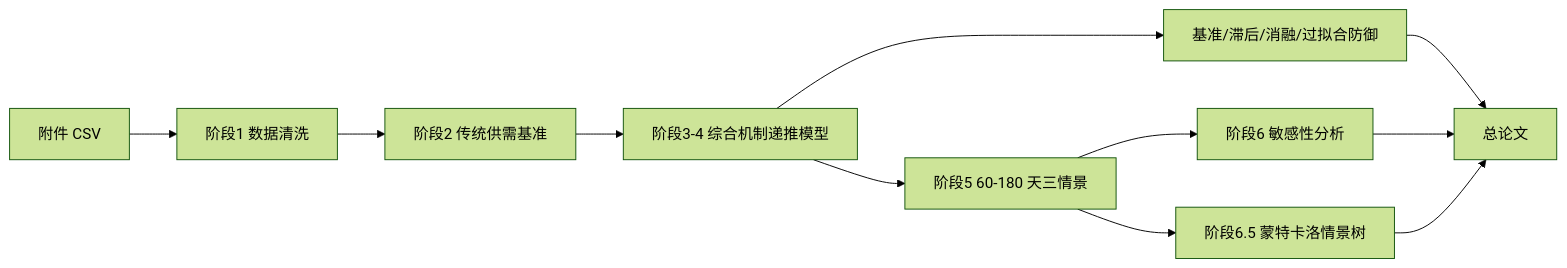
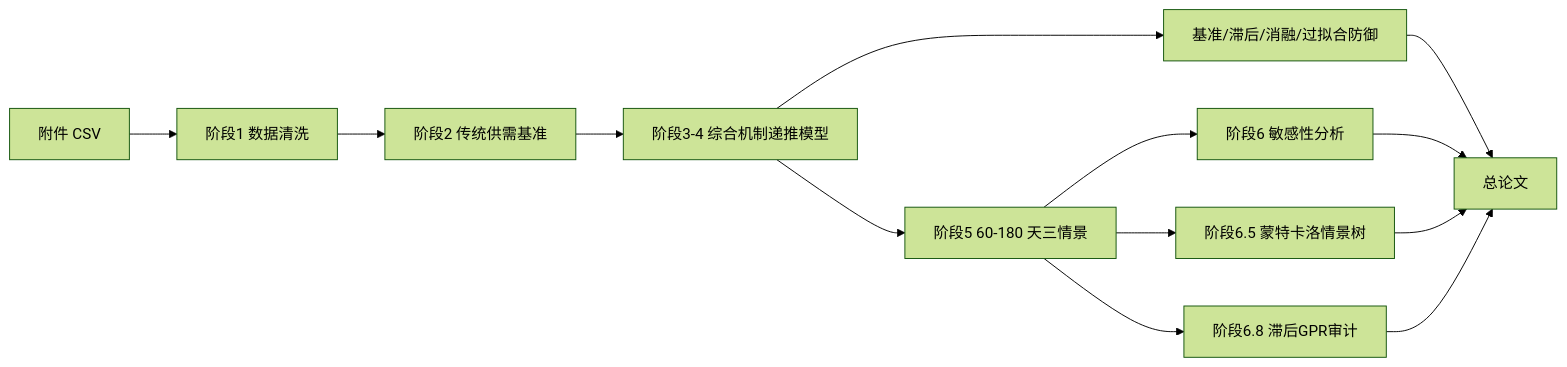
One commit to Timcai06/-A- changed the diagram in docs/01_建模方案.md. Above: the diagram before and after it, drawn with Mermaid (forest theme). The commit also changed other lines of this file and 20 other files, not shown here.

Commit message:
Add lagged geopolitical risk audit

````diff
--- a/docs/01_建模方案.md
+++ b/docs/01_建模方案.md
@@ -5,13 +5,15 @@
 ```mermaid
 flowchart LR
     Raw["附件 CSV"] --> Clean["阶段1 数据清洗"]
     Clean --> Baseline["阶段2 传统供需基准"]
     Baseline --> Main["阶段3-4 综合机制递推模型"]
     Main --> Defense["基准/滞后/消融/过拟合防御"]
     Main --> Scenario["阶段5 60-180 天三情景"]
     Scenario --> Sens["阶段6 敏感性分析"]
     Scenario --> MC["阶段6.5 蒙特卡洛情景树"]
+    Scenario --> RiskAudit["阶段6.8 滞后GPR审计"]
     Defense --> Paper["总论文"]
     Sens --> Paper
     MC --> Paper
+    RiskAudit --> Paper
 ```
````
